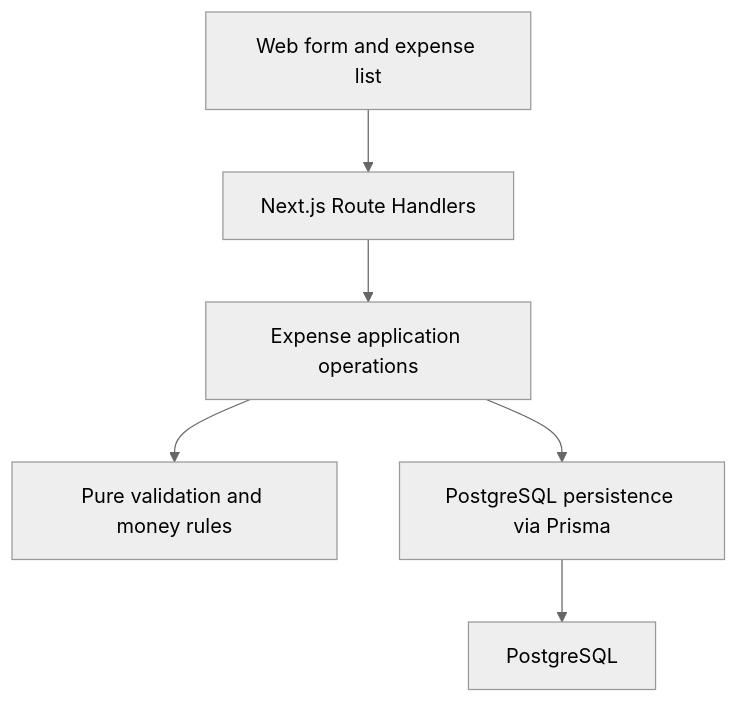
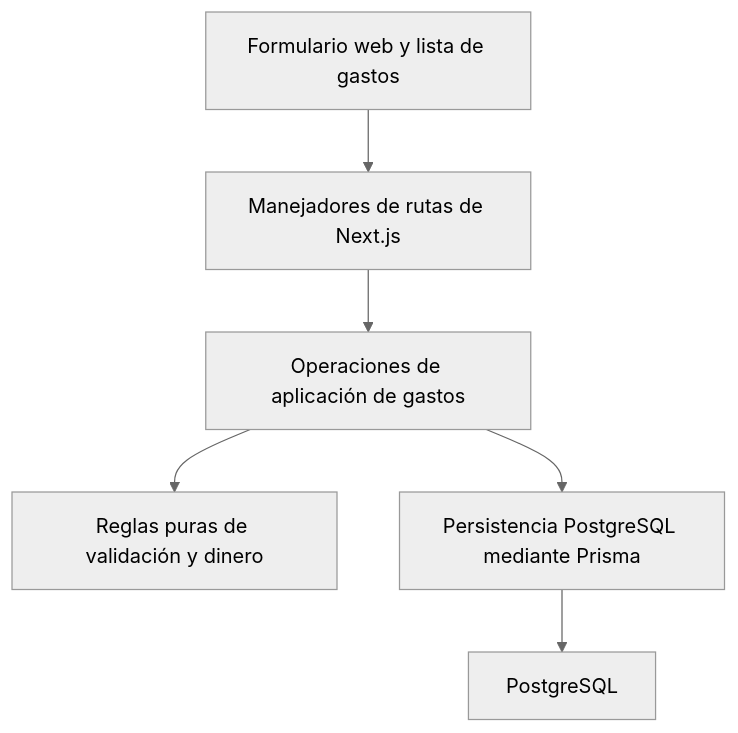
The first of 2 diagrams in docs/architecture.md (tomashevia27/gastobot), drawn with Mermaid (neutral theme) before and after one commit. The commit also changed other lines of this file and 13 other files, not shown here.

```diff
--- a/docs/architecture.md
+++ b/docs/architecture.md
@@ -11,8 +11,8 @@
 ~~~mermaid
 flowchart TD
-    UI["Web form and expense list"] --> HTTP["Next.js Route Handlers"]
-    HTTP --> App["Expense application operations"]
-    App --> Domain["Pure validation and money rules"]
-    App --> Store["PostgreSQL persistence via Prisma"]
+    UI["Formulario web y lista de gastos"] --> HTTP["Manejadores de rutas de Next.js"]
+    HTTP --> App["Operaciones de aplicación de gastos"]
+    App --> Domain["Reglas puras de validación y dinero"]
+    App --> Store["Persistencia PostgreSQL mediante Prisma"]
     Store --> DB["PostgreSQL"]
 ~~~
```
